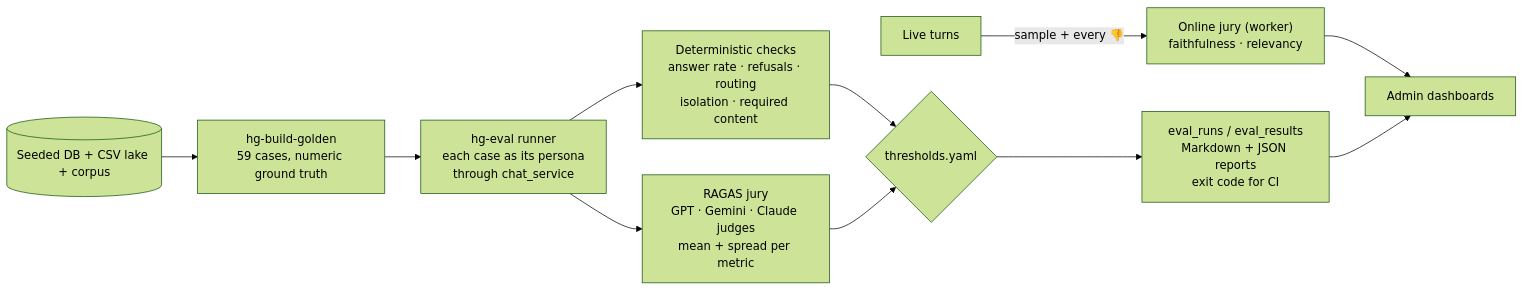
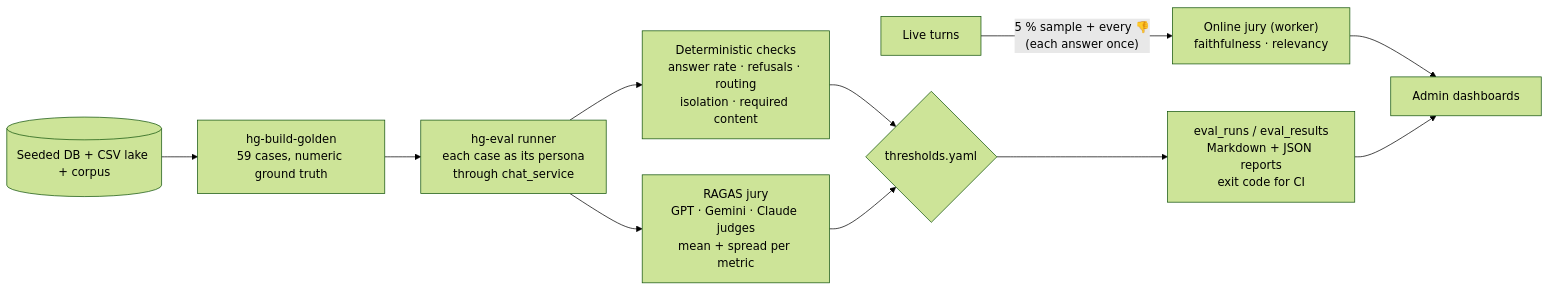
The sixth of 7 diagrams in docs/architecture.md (syamsruthin/healthguard-agent), drawn with Mermaid (forest theme) before and after one commit. The commit also changed other lines of this file and 9 other files, not shown here.

First line of the commit message:
docs: current status, cache-first flow, spend guards, review outcomes

````diff
--- a/docs/architecture.md
+++ b/docs/architecture.md
@@ -166,12 +173,12 @@
 ```mermaid
 flowchart LR
     DB[(Seeded DB + CSV lake + corpus)] --> B["hg-build-golden<br/>59 cases, numeric ground truth"]
     B --> R["hg-eval runner<br/>each case as its persona<br/>through chat_service"]
     R --> C["Deterministic checks<br/>answer rate · refusals · routing<br/>isolation · required content"]
     R --> J["RAGAS jury<br/>GPT · Gemini · Claude judges<br/>mean + spread per metric"]
     C --> GATE{thresholds.yaml}
     J --> GATE
     GATE --> REP["eval_runs / eval_results<br/>Markdown + JSON reports<br/>exit code for CI"]
-    LIVE["Live turns"] -- "sample + every 👎" --> OE["Online jury (worker)<br/>faithfulness · relevancy"] --> DASH[Admin dashboards]
+    LIVE["Live turns"] -- "5 % sample + every 👎<br/>(each answer once)" --> OE["Online jury (worker)<br/>faithfulness · relevancy"] --> DASH[Admin dashboards]
     REP --> DASH
 ```
````
